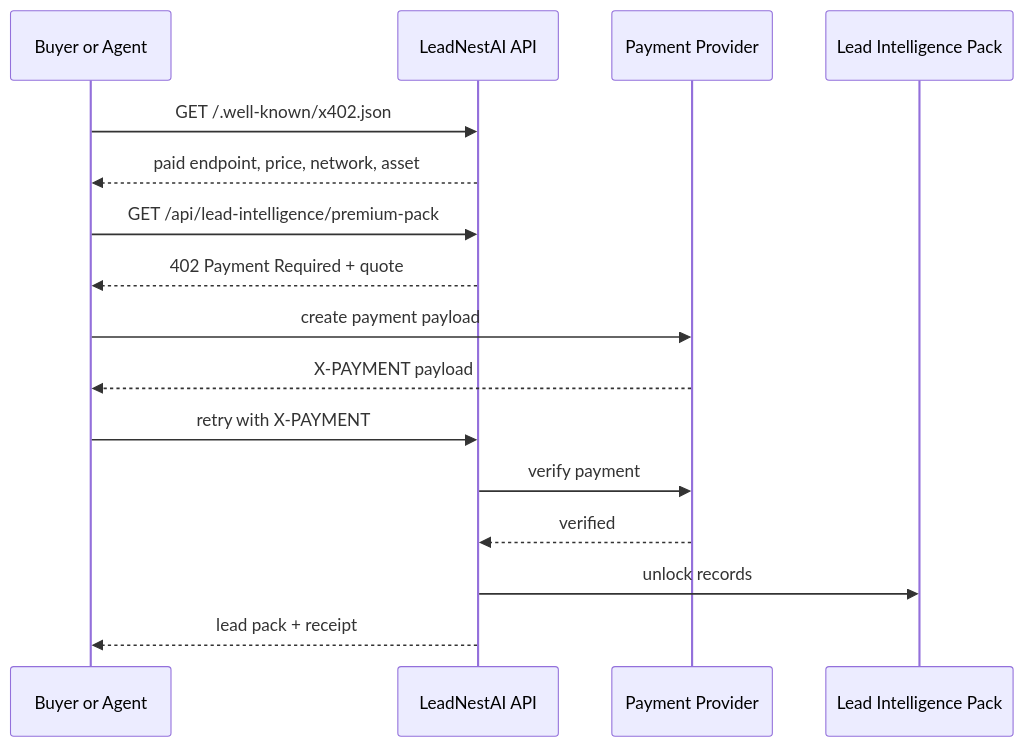
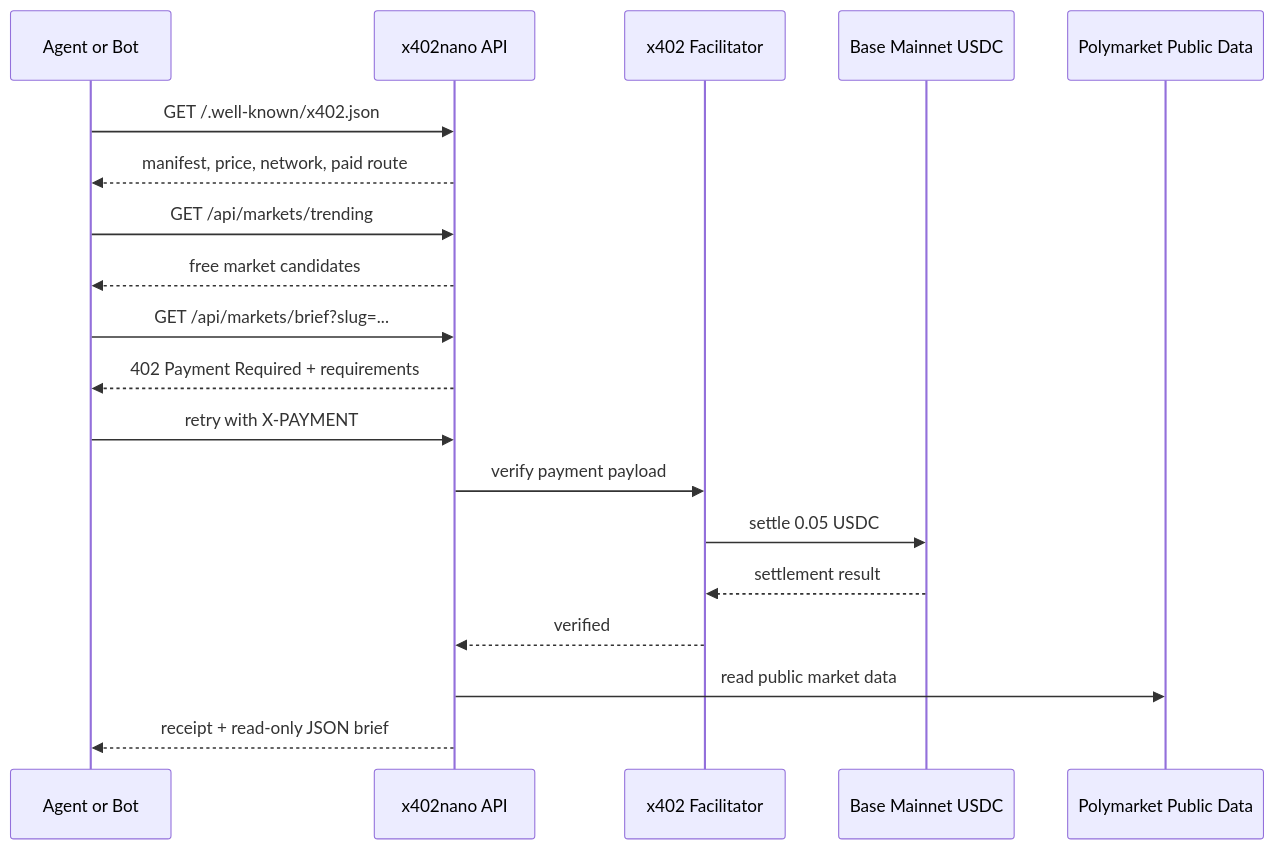
The second of 2 diagrams in ARCHITECTURE.md (Bobjonesgood/x402nano), drawn with Mermaid before and after one commit. The commit also changed other lines of this file and 3 other files, not shown here.

````diff
--- a/ARCHITECTURE.md
+++ b/ARCHITECTURE.md
@@ -44,19 +48,22 @@
 ```mermaid
 sequenceDiagram
-  participant Buyer as Buyer or Agent
-  participant API as LeadNestAI API
-  participant Pay as Payment Provider
-  participant Pack as Lead Intelligence Pack
+  participant Agent as Agent or Bot
+  participant API as x402nano API
+  participant Pay as x402 Facilitator
+  participant Base as Base Mainnet USDC
+  participant Poly as Polymarket Public Data
 
-  Buyer->>API: GET /.well-known/x402.json
-  API-->>Buyer: paid endpoint, price, network, asset
-  Buyer->>API: GET /api/lead-intelligence/premium-pack
-  API-->>Buyer: 402 Payment Required + quote
-  Buyer->>Pay: create payment payload
-  Pay-->>Buyer: X-PAYMENT payload
-  Buyer->>API: retry with X-PAYMENT
-  API->>Pay: verify payment
+  Agent->>API: GET /.well-known/x402.json
+  API-->>Agent: manifest, price, network, paid route
+  Agent->>API: GET /api/markets/trending
+  API-->>Agent: free market candidates
+  Agent->>API: GET /api/markets/brief?slug=...
+  API-->>Agent: 402 Payment Required + requirements
+  Agent->>API: retry with X-PAYMENT
+  API->>Pay: verify payment payload
+  Pay->>Base: settle 0.05 USDC
+  Base-->>Pay: settlement result
   Pay-->>API: verified
-  API->>Pack: unlock records
-  API-->>Buyer: lead pack + receipt
+  API->>Poly: read public market data
+  API-->>Agent: receipt + read-only JSON brief
 ```
````
